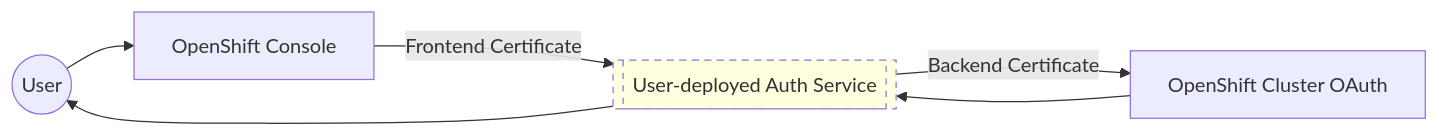
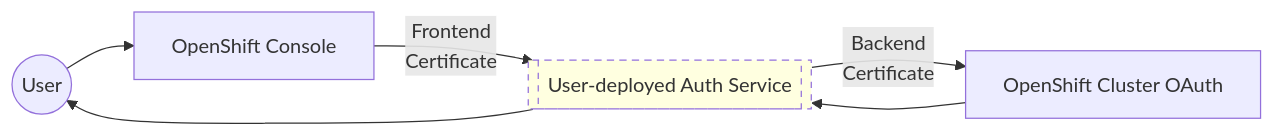
One commit to kincl/openshift-client-certificate-auth changed the third of 3 diagrams in README.md. Above: the diagram before and after it, drawn with Mermaid.

Commit message:
adding clarity to diagram doc

````diff
--- a/README.md
+++ b/README.md
@@ -45,13 +45,13 @@
 ```mermaid
 flowchart LR
   user((User))
   console[OpenShift Console]
   oauth[OpenShift Cluster OAuth]
   service[[User-deployed Auth Service]] 
   style service fill:lightyellow,stroke-dasharray: 5 5
   user-->console
-  console-- Frontend Certificate -->service
-  service-- Backend Certificate -->oauth
+  console-- Frontend\nCertificate -->service
+  service-- Backend\nCertificate -->oauth
   oauth-->service
   service-->user
 ```
````
